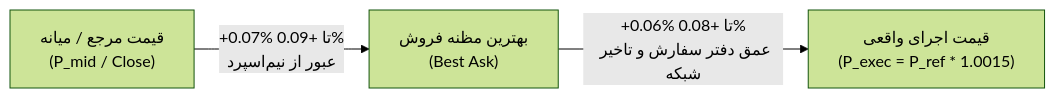
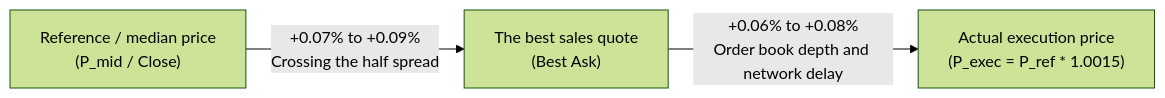
The diagram in docs/PHASE18_EXECUTION_COST_VALIDATION.md (AliFazelniya/wallextrade), drawn with Mermaid (forest theme) before and after one commit. The commit also changed other lines of this file and 81 other files, not shown here.

````diff
--- a/docs/PHASE18_EXECUTION_COST_VALIDATION.md
+++ b/docs/PHASE18_EXECUTION_COST_VALIDATION.md
@@ -49,5 +49,5 @@
 ```mermaid
 flowchart LR
-    A["قیمت مرجع / میانه\n(P_mid / Close)"] -->|"+0.07% تا +0.09%\nعبور از نیم‌اسپرد"| B["بهترین مظنه فروش\n(Best Ask)"]
-    B -->|"+0.06% تا +0.08%\nعمق دفتر سفارش و تاخیر شبکه"| C["قیمت اجرای واقعی\n(P_exec = P_ref * 1.0015)"]
+    A["Reference / median price\n(P_mid / Close)"] -->|"+0.07% to +0.09%\nCrossing the half spread"| B["The best sales quote\n(Best Ask)"]
+    B -->|"+0.06% to +0.08%\nOrder book depth and network delay"| C["Actual execution price\n(P_exec = P_ref * 1.0015)"]
 ```
````
